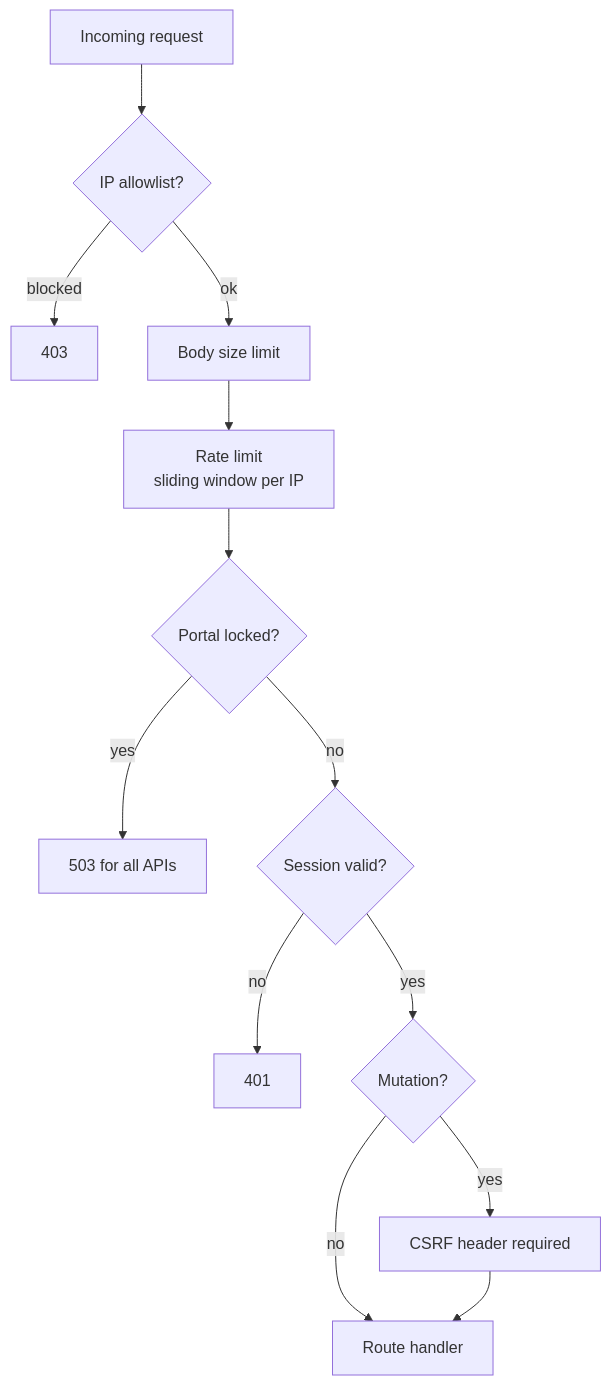
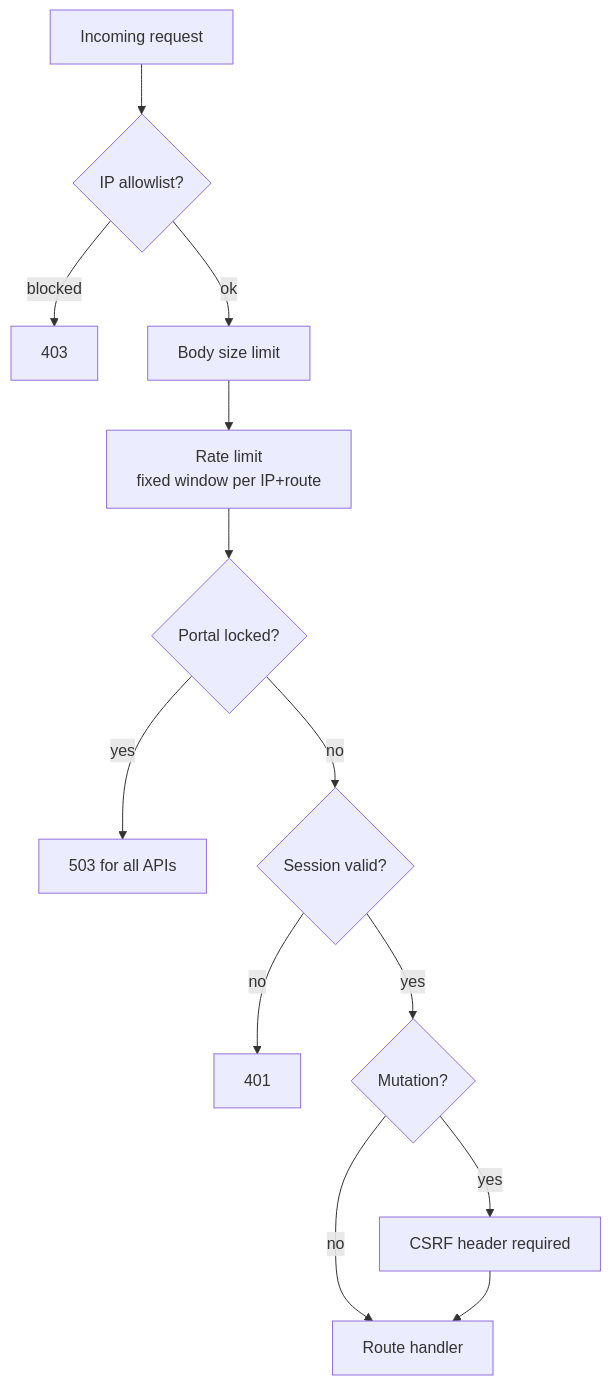
One commit to basishacks/basis-docs changed the first of 2 diagrams in docs/security.md. Above: the diagram before and after it, drawn with Mermaid. The commit also changed other lines of this file, not shown here.

First line of the commit message:
docs: accurate rate limiting and audit immutability

````diff
--- a/docs/security.md
+++ b/docs/security.md
@@ -7,15 +7,15 @@
 ```mermaid
 flowchart TD
   REQ[Incoming request] --> IP{IP allowlist?}
   IP -- blocked --> R403[403]
   IP -- ok --> BL[Body size limit]
-  BL --> RL[Rate limit<br/>sliding window per IP]
+   BL --> RL[Rate limit<br/>fixed window per IP+route]
   RL --> LOCK{Portal locked?}
   LOCK -- yes --> R503[503 for all APIs]
   LOCK -- no --> AUTH{Session valid?}
   AUTH -- no --> R401[401]
   AUTH -- yes --> CSRF{Mutation?}
   CSRF -- yes --> T[CSRF header required]
   CSRF -- no --> NEXT
   T --> NEXT[Route handler]
 ```
````
